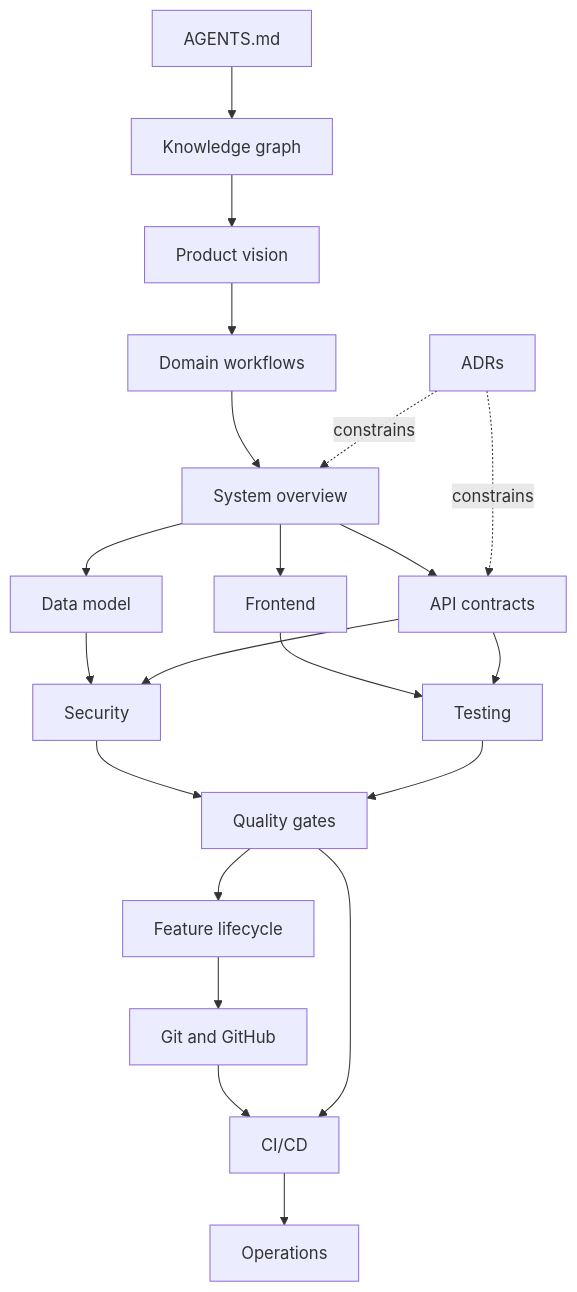
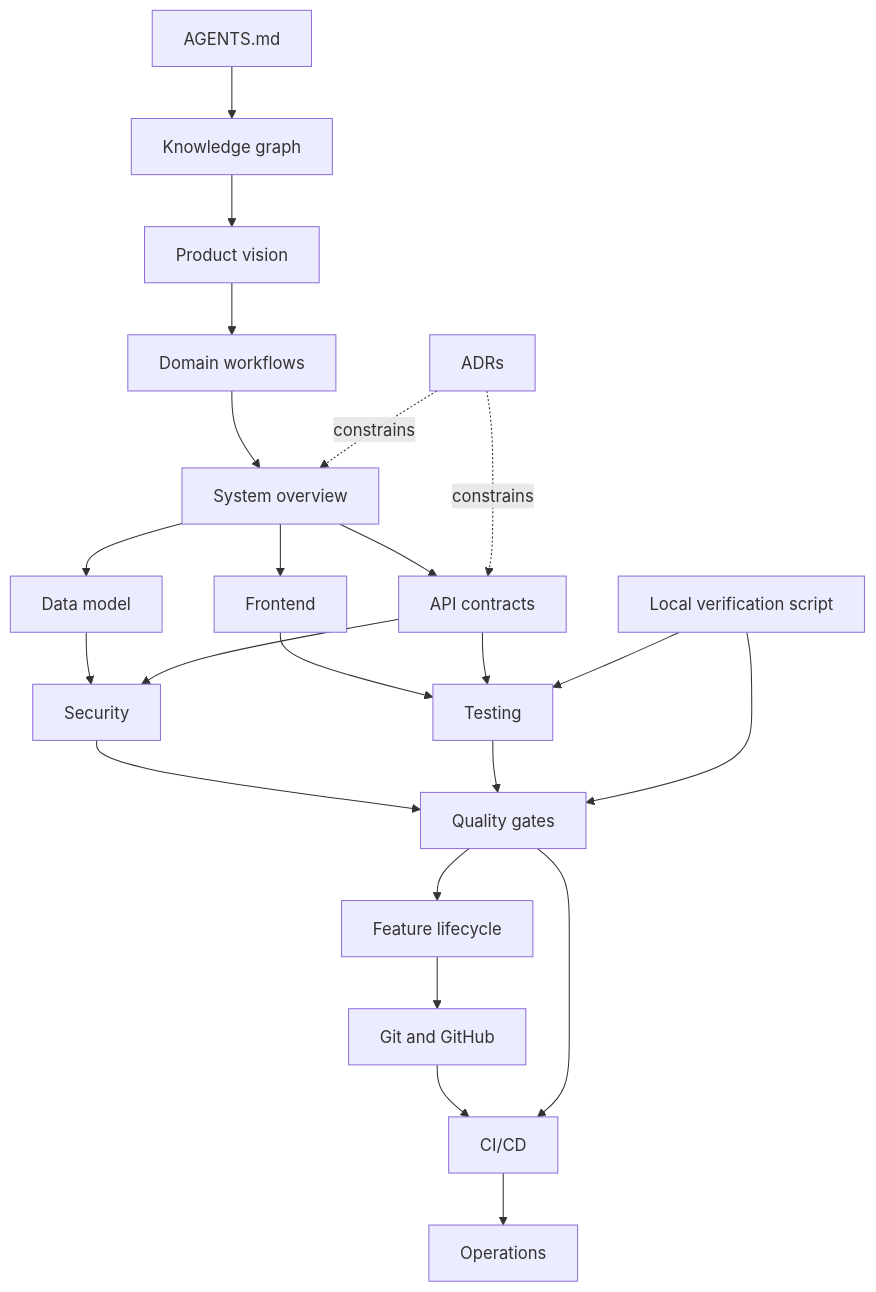
Before and after one commit to AminBrave/rad-art-marketplace: the diagram in docs/knowledge-graph.md, drawn with Mermaid. The commit also changed other lines of this file and 10 other files, not shown here.

Commit message:
chore: streamline local verification and delivery gates

````diff
--- a/docs/knowledge-graph.md
+++ b/docs/knowledge-graph.md
@@ -5,23 +5,25 @@
 ```mermaid
 flowchart TD
  A[AGENTS.md] --> K[Knowledge graph]
  K --> P[Product vision]
  P --> D[Domain workflows]
  D --> S[System overview]
  S --> M[Data model]
  S --> F[Frontend]
  S --> API[API contracts]
  M --> SEC[Security]
  API --> SEC
  F --> T[Testing]
  API --> T
  SEC --> Q[Quality gates]
  T --> Q
  Q --> L[Feature lifecycle]
  L --> G[Git and GitHub]
  G --> C[CI/CD]
- Q --> C[CI/CD]
+ Q --> C
  C --> O[Operations]
  ADR[ADRs] -. constrains .-> S
  ADR -. constrains .-> API
+ V[Local verification script] --> T
+ V --> Q
 ```
````
